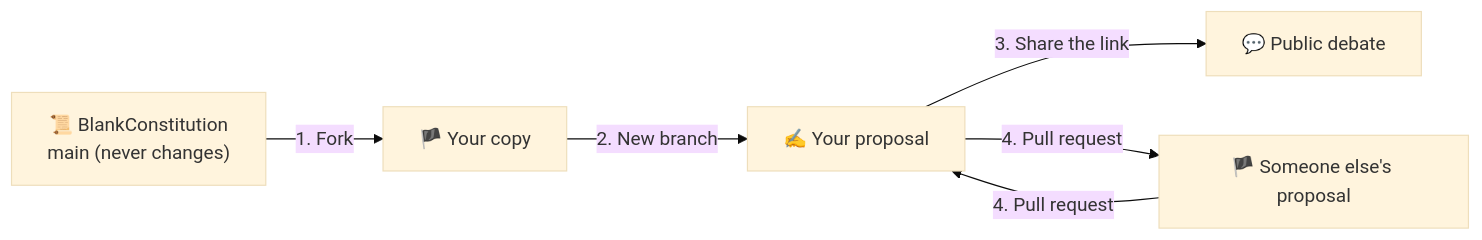
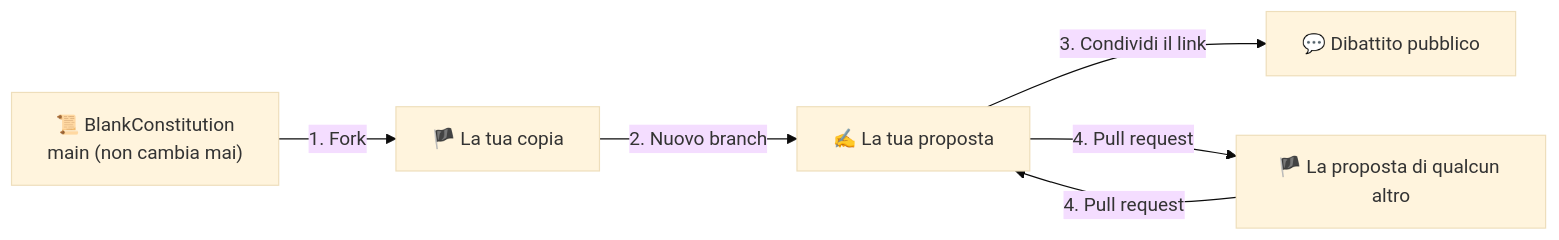
One commit to BlankConstitution/blankconstitution changed the diagram in docs/README.md. Above: the diagram before and after it, drawn with Mermaid (base theme). The commit also changed other lines of this file and 4 other files, not shown here.

````diff
--- a/docs/README.md
+++ b/docs/README.md
@@ -13,8 +13,8 @@
 ```mermaid
 flowchart LR
-    A["📜 BlankConstitution<br/>main (never changes)"] -->|1. Fork| B["🏴 Your copy"]
-    B -->|2. New branch| C["✍️ Your proposal"]
-    C -->|3. Share the link| D["💬 Public debate"]
-    E["🏴 Someone else's proposal"] -->|4. Pull request| C
+    A["📜 BlankConstitution<br/>main (non cambia mai)"] -->|1. Fork| B["🏴 La tua copia"]
+    B -->|2. Nuovo branch| C["✍️ La tua proposta"]
+    C -->|3. Condividi il link| D["💬 Dibattito pubblico"]
+    E["🏴 La proposta di qualcun altro"] -->|4. Pull request| C
     C -->|4. Pull request| E
 ```
````
